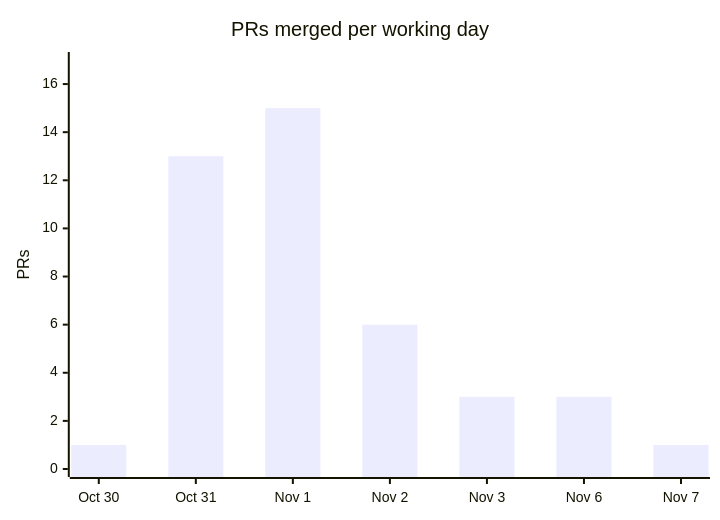
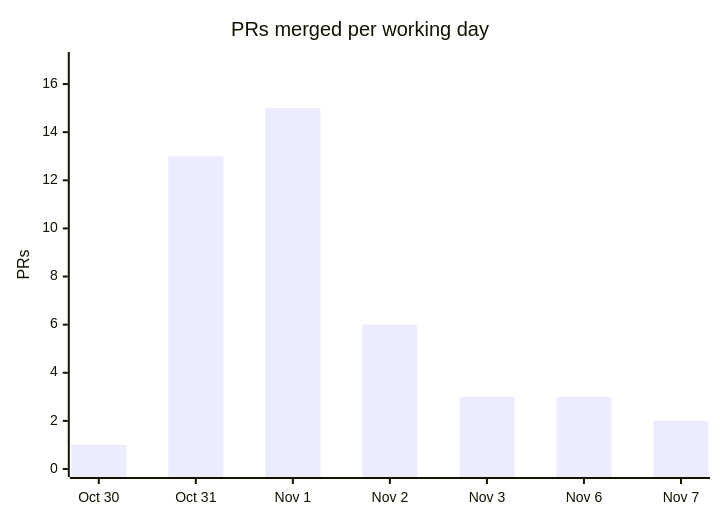
Before and after one commit to cmprssd/nfsh: the fourth of 4 diagrams in docs/OVERVIEW.md, drawn with Mermaid. The commit also changed other lines of this file and 5 other files, not shown here.

````diff
--- a/docs/OVERVIEW.md
+++ b/docs/OVERVIEW.md
@@ -139,7 +139,7 @@
 ```mermaid
 xychart-beta
     title "PRs merged per working day"
     x-axis ["Oct 30", "Oct 31", "Nov 1", "Nov 2", "Nov 3", "Nov 6", "Nov 7"]
     y-axis "PRs" 0 --> 17
-    bar [1, 13, 15, 6, 3, 3, 1]
+    bar [1, 13, 15, 6, 3, 3, 2]
 ```
````
